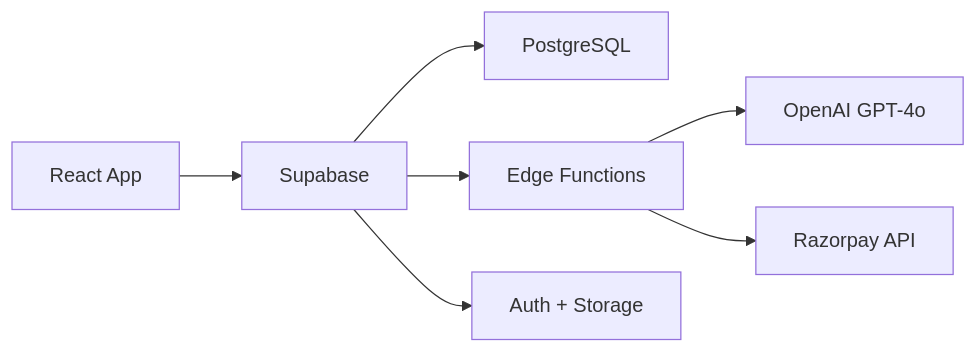
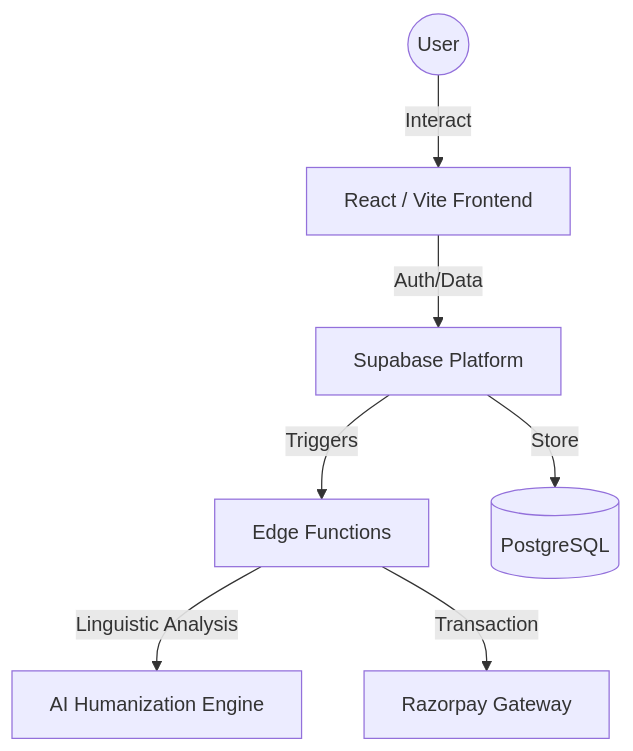
Before and after one commit to ArshVermaGit/RAW.AI: the diagram in README.md, drawn with Mermaid. The commit also changed other lines of this file, not shown here.

````diff
--- a/README.md
+++ b/README.md
@@ -127,9 +110,9 @@
 ```mermaid
-graph LR
-    A[React App] --> B[Supabase]
-    B --> C[PostgreSQL]
-    B --> D[Edge Functions]
-    D --> E[OpenAI GPT-4o]
-    D --> F[Razorpay API]
-    B --> G[Auth + Storage]
+graph TD
+    User((User)) -->|Interact| React[React / Vite Frontend]
+    React -->|Auth/Data| Supabase[Supabase Platform]
+    Supabase -->|Triggers| Edge[Edge Functions]
+    Edge -->|Linguistic Analysis| AI[AI Humanization Engine]
+    Edge -->|Transaction| Razor[Razorpay Gateway]
+    Supabase -->|Store| DB[(PostgreSQL)]
 ```
````
